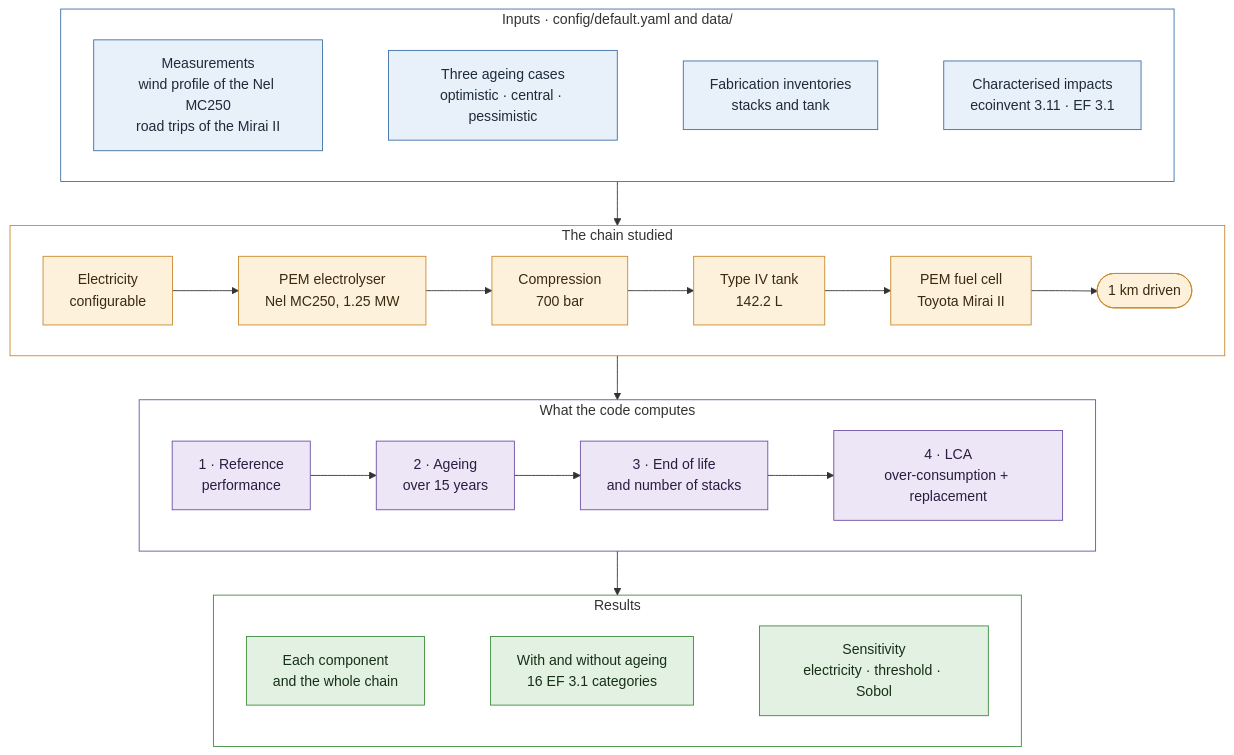
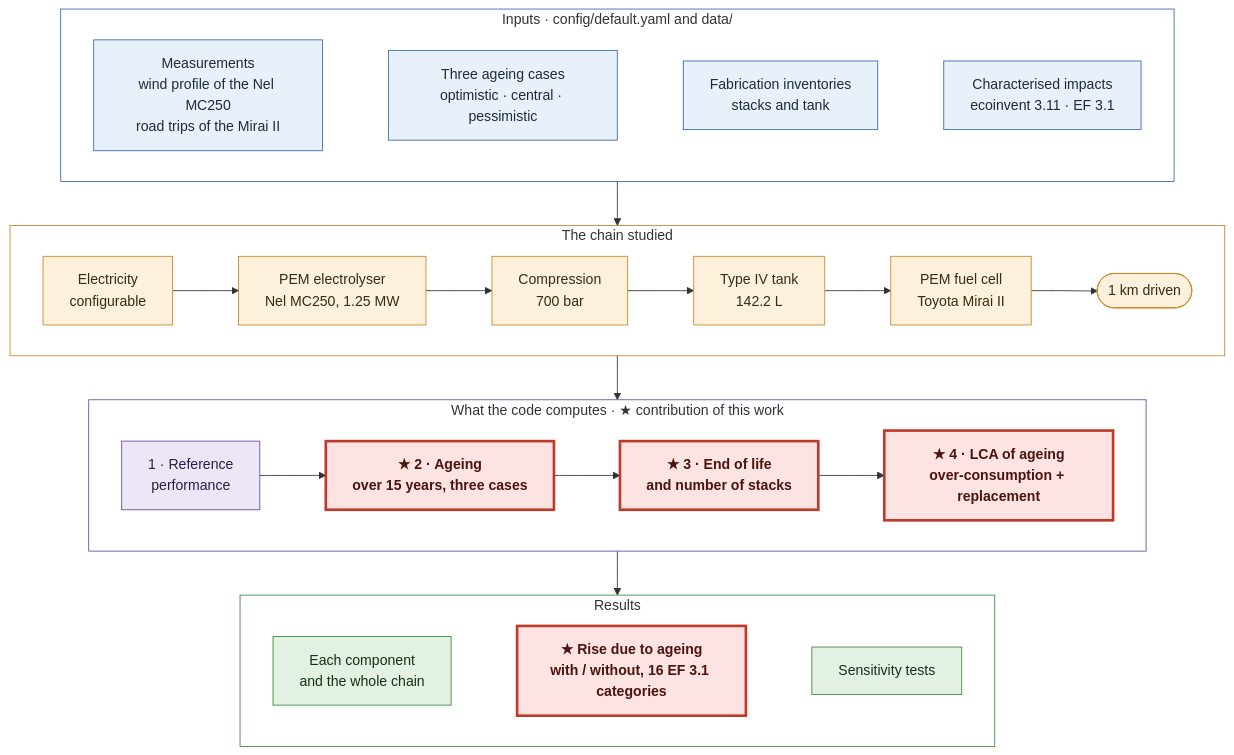
The diagram in README.md (Ayabh12/h2-ageing-lca), drawn with Mermaid before and after one commit. The commit also changed 1 other file, not shown here.

Commit message:
README diagram: contribution of this work highlighted (ageing, end of life and stacks, LCA of ageing, rise due to ageing); sensitivity tests without detail (EN and FR)

````diff
--- a/README.md
+++ b/README.md
@@ -77,44 +77,46 @@
 ```mermaid
 flowchart TB
     subgraph E["Inputs · config/default.yaml and data/"]
         direction LR
         e1["Measurements<br/>wind profile of the Nel MC250<br/>road trips of the Mirai II"]
         e2["Three ageing cases<br/>optimistic · central · pessimistic"]
         e3["Fabrication inventories<br/>stacks and tank"]
         e4["Characterised impacts<br/>ecoinvent 3.11 · EF 3.1"]
         e1 ~~~ e2 ~~~ e3 ~~~ e4
     end
 
     subgraph C["The chain studied"]
         direction LR
         c1["Electricity<br/>configurable"] --> c2["PEM electrolyser<br/>Nel MC250, 1.25 MW"] --> c3["Compression<br/>700 bar"] --> c4["Type IV tank<br/>142.2 L"] --> c5["PEM fuel cell<br/>Toyota Mirai II"] --> c6(["1 km driven"])
     end
 
-    subgraph M["What the code computes"]
+    subgraph M["What the code computes · ★ contribution of this work"]
         direction LR
-        m1["1 · Reference<br/>performance"] --> m2["2 · Ageing<br/>over 15 years"] --> m3["3 · End of life<br/>and number of stacks"] --> m4["4 · LCA<br/>over-consumption + replacement"]
+        m1["1 · Reference<br/>performance"] --> m2["★ 2 · Ageing<br/>over 15 years, three cases"] --> m3["★ 3 · End of life<br/>and number of stacks"] --> m4["★ 4 · LCA of ageing<br/>over-consumption + replacement"]
     end
 
     subgraph R["Results"]
         direction LR
         r1["Each component<br/>and the whole chain"]
-        r2["With and without ageing<br/>16 EF 3.1 categories"]
-        r3["Sensitivity<br/>electricity · threshold · Sobol"]
+        r2["★ Rise due to ageing<br/>with / without, 16 EF 3.1 categories"]
+        r3["Sensitivity tests"]
         r1 ~~~ r2 ~~~ r3
     end
 
     E --> C --> M --> R
 
     classDef inp fill:#e8f0fa,stroke:#3b6ea5,color:#1d2b3a
     classDef chain fill:#fdf1dc,stroke:#c9892b,color:#3a2a10
     classDef code fill:#ece6f6,stroke:#6c4fa3,color:#2a1d40
     classDef res fill:#e3f1e3,stroke:#3d8b3d,color:#163016
     class e1,e2,e3,e4 inp
     class c1,c2,c3,c4,c5,c6 chain
     class m1,m2,m3,m4 code
     class r1,r2,r3 res
     style E fill:#ffffff,stroke:#3b6ea5
     style C fill:#ffffff,stroke:#c9892b
     style M fill:#ffffff,stroke:#6c4fa3
     style R fill:#ffffff,stroke:#3d8b3d
+    classDef key fill:#fde3e1,stroke:#c0392b,stroke-width:3px,color:#4a1410,font-weight:bold
+    class m2,m3,m4,r2 key
 ```
````
